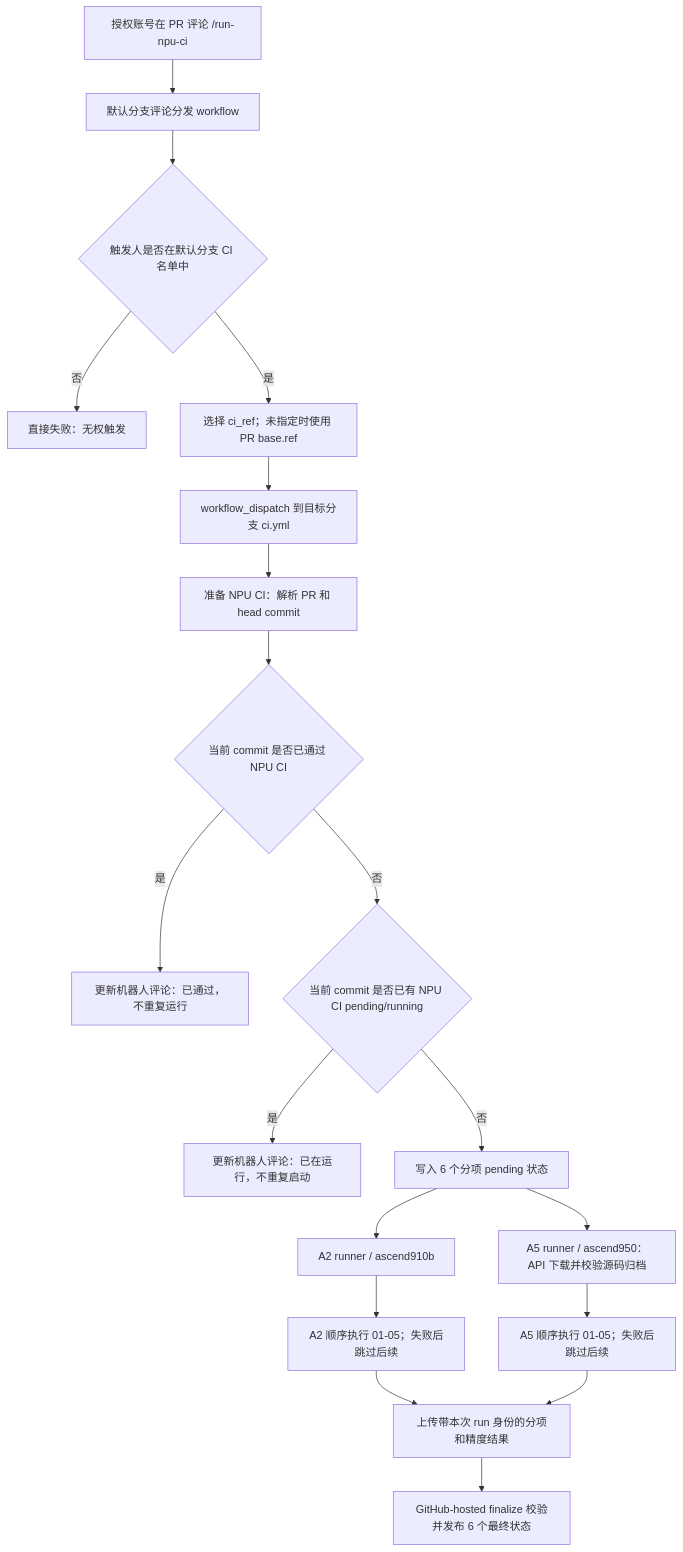
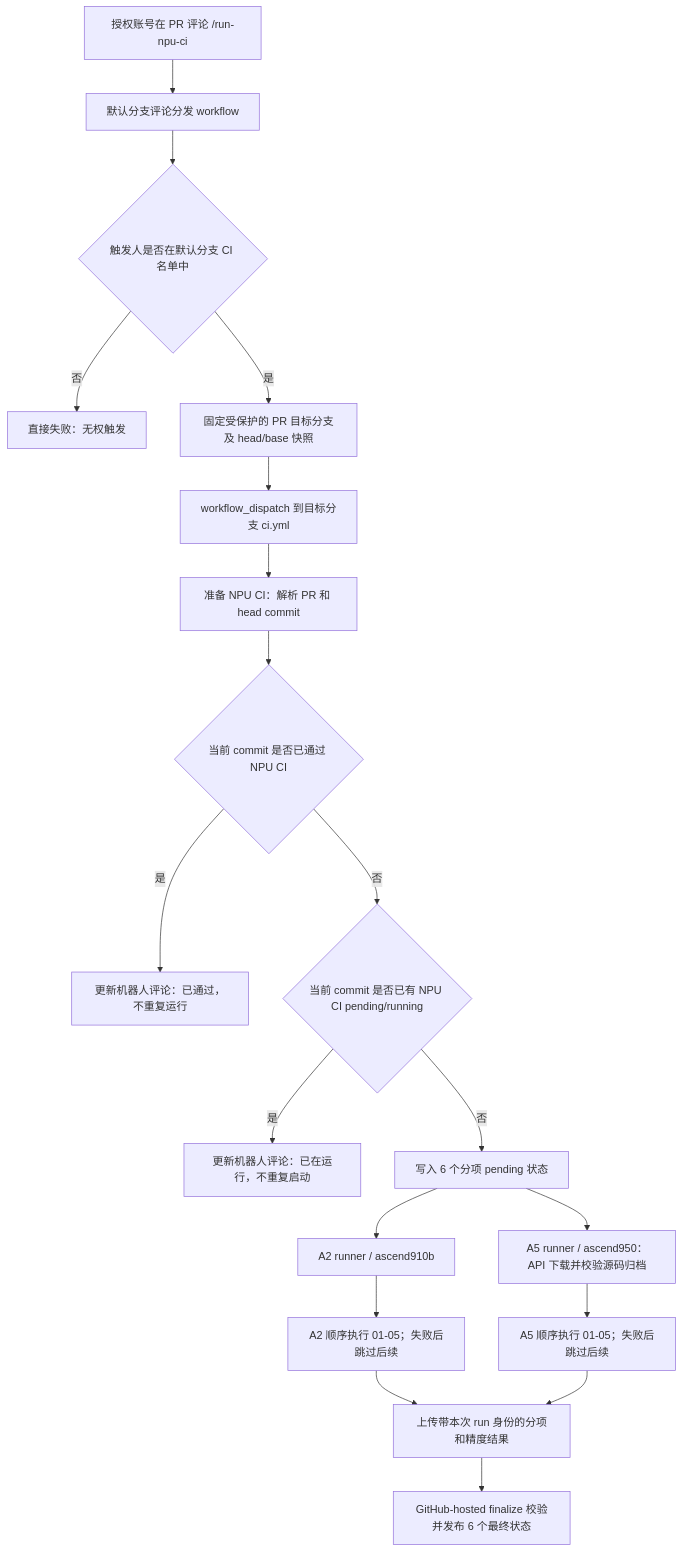
Before and after one commit to flashserve/flash-linear-attention-npu: the second of 4 diagrams in docs/Fla-npu仓CI部署教程.md, drawn with Mermaid. The commit also changed other lines of this file and 11 other files, not shown here.

````diff
--- a/docs/Fla-npu仓CI部署教程.md
+++ b/docs/Fla-npu仓CI部署教程.md
@@ -98,21 +103,21 @@
 ```mermaid
 flowchart TD
     A["授权账号在 PR 评论 /run-npu-ci"] --> B["默认分支评论分发 workflow"]
     B --> C{"触发人是否在默认分支 CI 名单中"}
     C -- "否" --> D["直接失败：无权触发"]
-    C -- "是" --> E["选择 ci_ref；未指定时使用 PR base.ref"]
+    C -- "是" --> E["固定受保护的 PR 目标分支及 head/base 快照"]
     E --> F["workflow_dispatch 到目标分支 ci.yml"]
     F --> G["准备 NPU CI：解析 PR 和 head commit"]
     G --> H{"当前 commit 是否已通过 NPU CI"}
     H -- "是" --> I["更新机器人评论：已通过，不重复运行"]
     H -- "否" --> J{"当前 commit 是否已有 NPU CI pending/running"}
     J -- "是" --> K["更新机器人评论：已在运行，不重复启动"]
     J -- "否" --> L["写入 6 个分项 pending 状态"]
     L --> M["A2 runner / ascend910b"]
     L --> N["A5 runner / ascend950：API 下载并校验源码归档"]
     M --> O["A2 顺序执行 01-05；失败后跳过后续"]
     N --> P["A5 顺序执行 01-05；失败后跳过后续"]
     O --> Q["上传带本次 run 身份的分项和精度结果"]
     P --> Q
     Q --> R["GitHub-hosted finalize 校验并发布 6 个最终状态"]
 ```
````
